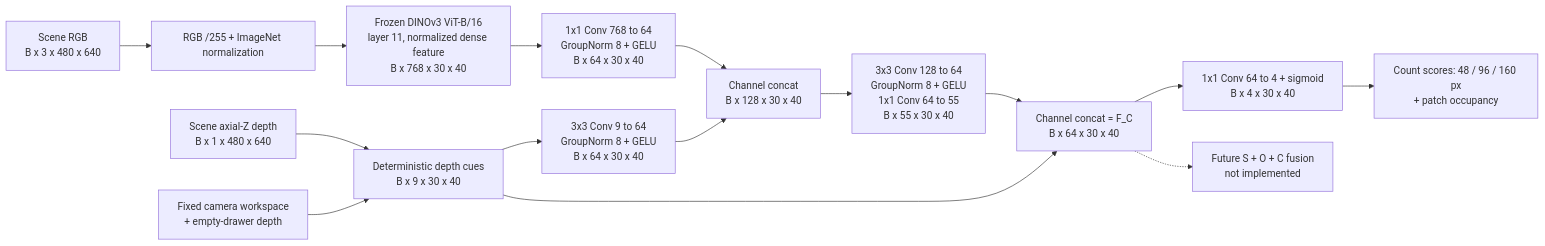
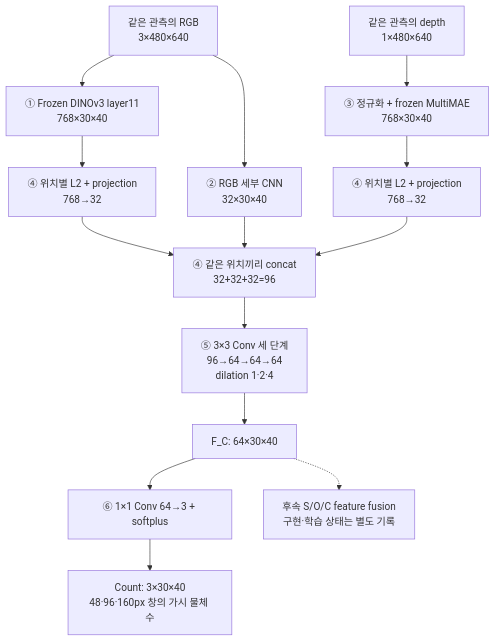
One commit to JeonHaneul/2D-PDM_DINOv3 changed the diagram in complexity_stream.md. Above: the diagram before and after it, drawn with Mermaid. The commit also changed other lines of this file and 6 other files, not shown here.

````diff
--- a/complexity_stream.md
+++ b/complexity_stream.md
@@ -621,17 +47,16 @@
 ```mermaid
-flowchart LR
-    I["Scene RGB<br/>B x 3 x 480 x 640"] --> P["RGB /255 + ImageNet normalization"]
-    P --> D["Frozen DINOv3 ViT-B/16<br/>layer 11, normalized dense feature<br/>B x 768 x 30 x 40"]
-    D --> R["1x1 Conv 768 to 64<br/>GroupNorm 8 + GELU<br/>B x 64 x 30 x 40"]
-    Z["Scene axial-Z depth<br/>B x 1 x 480 x 640"] --> G["Deterministic depth cues<br/>B x 9 x 30 x 40"]
-    E["Fixed camera workspace<br/>+ empty-drawer depth"] --> G
-    G --> Q["3x3 Conv 9 to 64<br/>GroupNorm 8 + GELU<br/>B x 64 x 30 x 40"]
-    R --> C["Channel concat<br/>B x 128 x 30 x 40"]
-    Q --> C
-    C --> L["3x3 Conv 128 to 64<br/>GroupNorm 8 + GELU<br/>1x1 Conv 64 to 55<br/>B x 55 x 30 x 40"]
-    L --> F["Channel concat = F_C<br/>B x 64 x 30 x 40"]
-    G --> F
-    F --> H["1x1 Conv 64 to 4 + sigmoid<br/>B x 4 x 30 x 40"]
-    H --> A["Count scores: 48 / 96 / 160 px<br/>+ patch occupancy"]
-    F -.-> U["Future S + O + C fusion<br/>not implemented"]
+flowchart TB
+    RGB["같은 관측의 RGB<br/>3×480×640"] --> DINO["① Frozen DINOv3 layer11<br/>768×30×40"]
+    RGB --> DETAIL["② RGB 세부 CNN<br/>32×30×40"]
+    DEPTH["같은 관측의 depth<br/>1×480×640"] --> MAE["③ 정규화 + frozen MultiMAE<br/>768×30×40"]
+    DINO --> PD["④ 위치별 L2 + projection<br/>768→32"]
+    MAE --> PM["④ 위치별 L2 + projection<br/>768→32"]
+    PD --> CAT["④ 같은 위치끼리 concat<br/>32+32+32=96"]
+    DETAIL --> CAT
+    PM --> CAT
+    CAT --> FUSE["⑤ 3×3 Conv 세 단계<br/>96→64→64→64<br/>dilation 1·2·4"]
+    FUSE --> FC["F_C: 64×30×40"]
+    FC --> HEAD["⑥ 1×1 Conv 64→3 + softplus"]
+    HEAD --> COUNT["Count: 3×30×40<br/>48·96·160px 창의 가시 물체 수"]
+    FC -.-> FUTURE["후속 S/O/C feature fusion<br/>구현·학습 상태는 별도 기록"]
 ```
````
